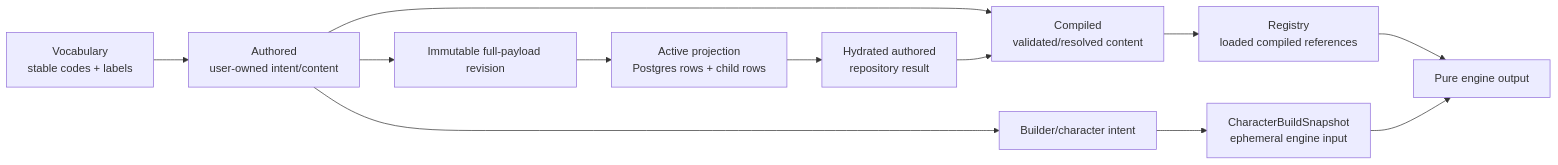
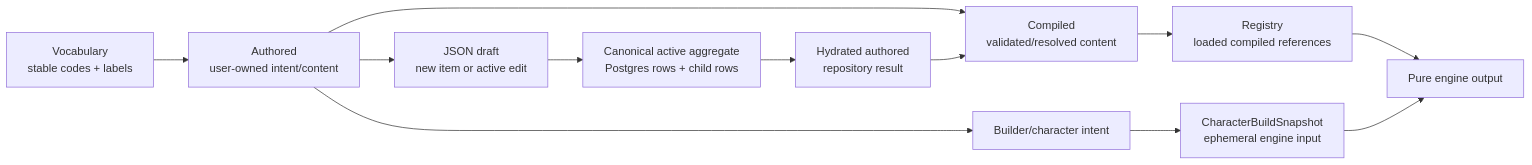
One commit to MPiland/artificer-toolkit changed the diagram in docs/architecture/data-lifecycle.md. Above: the diagram before and after it, drawn with Mermaid. The commit also changed other lines of this file and 124 other files, not shown here.

````diff
--- a/docs/architecture/data-lifecycle.md
+++ b/docs/architecture/data-lifecycle.md
@@ -13,14 +13,14 @@
 ```mermaid
 flowchart LR
   V[Vocabulary\nstable codes + labels] --> A[Authored\nuser-owned intent/content]
   A --> C[Compiled\nvalidated/resolved content]
-  A --> Rev[Immutable full-payload revision]
-  Rev --> P[Active projection\nPostgres rows + child rows]
+  A --> D[JSON draft\nnew item or active edit]
+  D --> P[Canonical active aggregate\nPostgres rows + child rows]
   C --> R[Registry\nloaded compiled references]
   P --> H[Hydrated authored\nrepository result]
   H --> C
   A --> B[Builder/character intent]
   B --> S[CharacterBuildSnapshot\nephemeral engine input]
   R --> E[Pure engine output]
   S --> E
 ```
````
